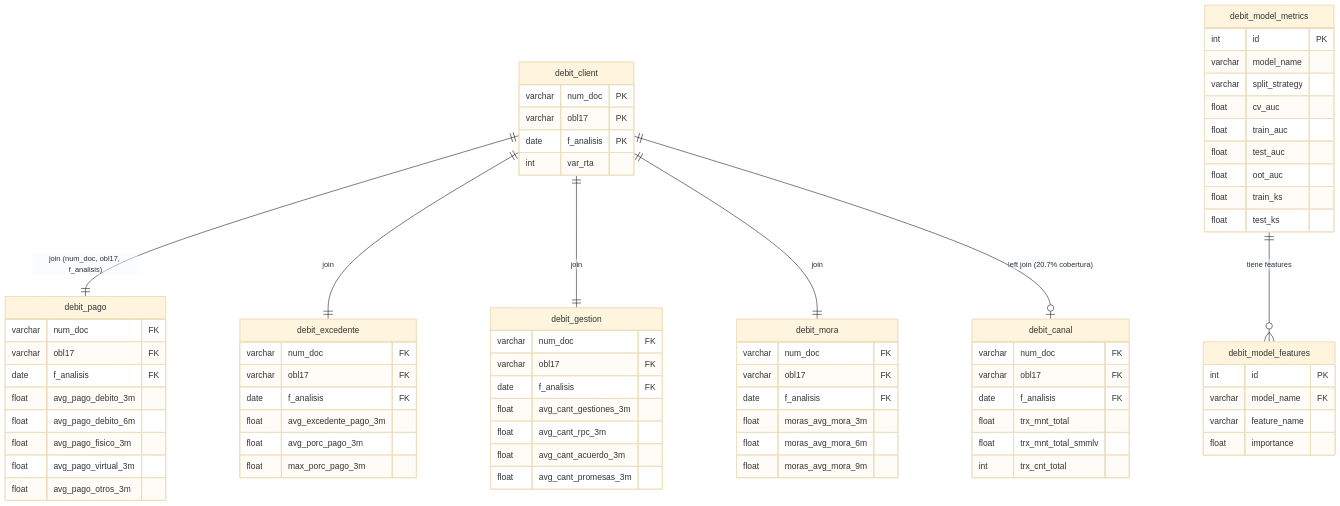
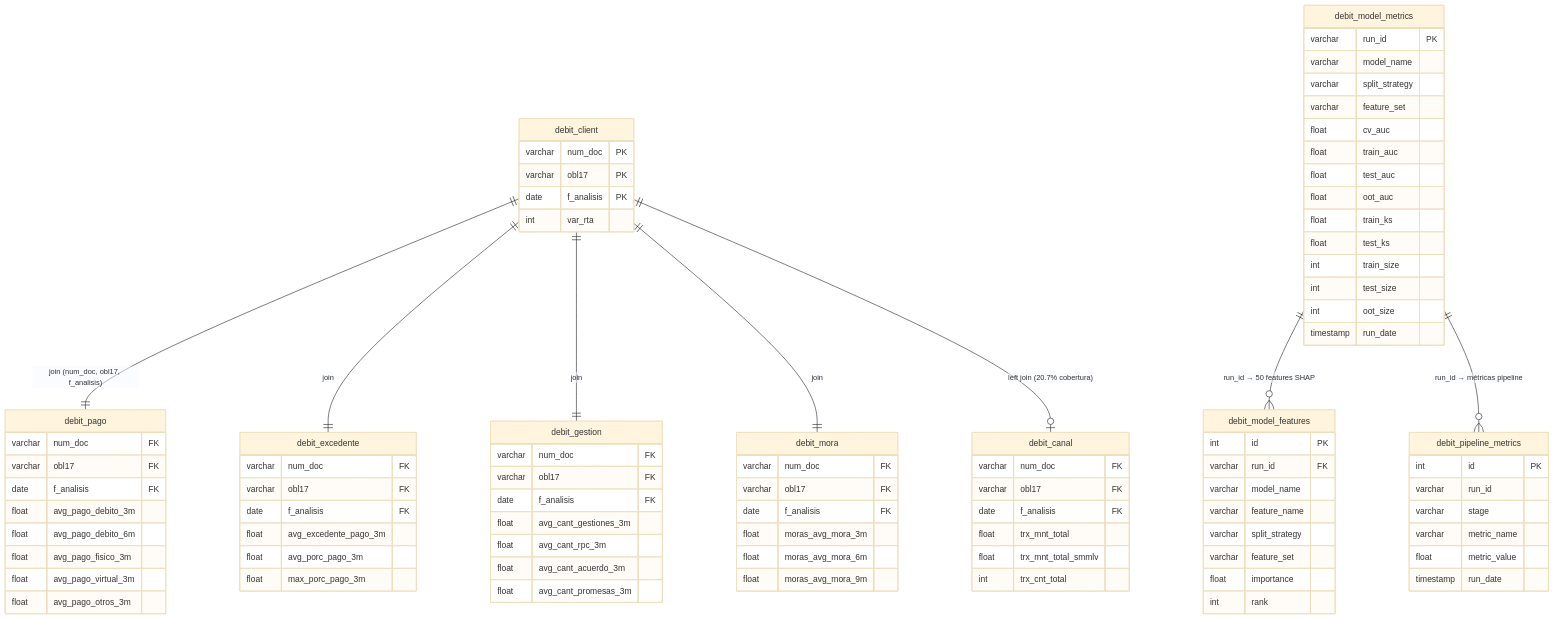
Before and after one commit to jhonflook/bancolombia-technical-test: the fifth of 8 diagrams in _docs/debit_architecture_diagram.md, drawn with Mermaid (base theme). The commit also changed other lines of this file and 14 other files, not shown here.

````diff
--- a/_docs/debit_architecture_diagram.md
+++ b/_docs/debit_architecture_diagram.md
@@ -346,22 +353,40 @@
     }
 
     debit_model_metrics {
-        int id PK
+        varchar run_id PK
         varchar model_name
         varchar split_strategy
+        varchar feature_set
         float cv_auc
         float train_auc
         float test_auc
         float oot_auc
         float train_ks
         float test_ks
+        int train_size
+        int test_size
+        int oot_size
+        timestamp run_date
     }
 
     debit_model_features {
         int id PK
-        varchar model_name FK
+        varchar run_id FK
+        varchar model_name
         varchar feature_name
+        varchar split_strategy
+        varchar feature_set
         float importance
+        int rank
+    }
+
+    debit_pipeline_metrics {
+        int id PK
+        varchar run_id
+        varchar stage
+        varchar metric_name
+        float metric_value
+        timestamp run_date
     }
 
     debit_client ||--|| debit_pago : "join (num_doc, obl17, f_analisis)"
@@ -369,5 +394,6 @@
     debit_client ||--|| debit_gestion : "join"
     debit_client ||--|| debit_mora : "join"
     debit_client ||--o| debit_canal : "left join (20.7% cobertura)"
-    debit_model_metrics ||--o{ debit_model_features : "tiene features"
+    debit_model_metrics ||--o{ debit_model_features : "run_id → 50 features SHAP"
+    debit_model_metrics ||--o{ debit_pipeline_metrics : "run_id → métricas pipeline"
 ```
````
